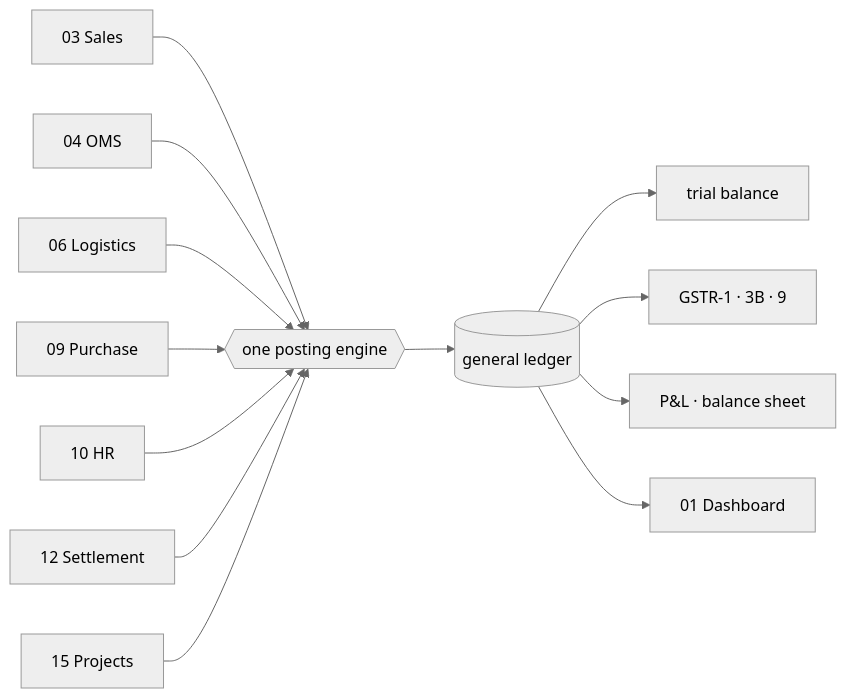
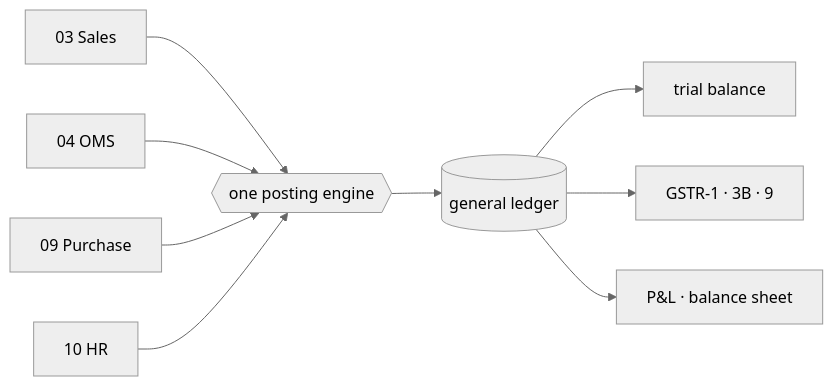
One commit to vastrangam/AI_Content_Engine changed diagram 11 of 16 in VASTRANGAM_MODULES_COMPLETE.md. Above: the diagram before and after it, drawn with Mermaid (neutral theme). The commit also changed other lines of this file and 1 other file, not shown here.

````diff
--- a/VASTRANGAM_MODULES_COMPLETE.md
+++ b/VASTRANGAM_MODULES_COMPLETE.md
@@ -932,15 +784,11 @@
 ```mermaid
 flowchart LR
   S[03 Sales] --> PE{{one posting engine}}
   O[04 OMS] --> PE
-  L[06 Logistics] --> PE
   P[09 Purchase] --> PE
   H[10 HR] --> PE
-  ST[12 Settlement] --> PE
-  PR[15 Projects] --> PE
   PE --> GL[(general ledger)]
   GL --> TB[trial balance]
   GL --> GST[GSTR-1 · 3B · 9]
   GL --> FIN[P&L · balance sheet]
-  GL --> BI[01 Dashboard]
 ```
````
